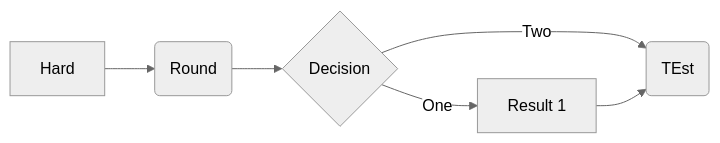
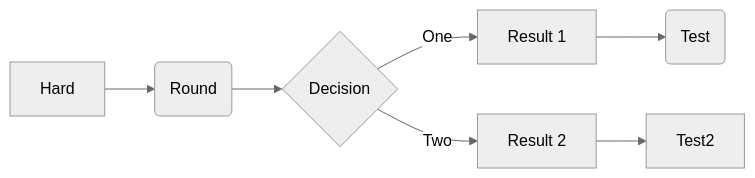
The diagram in README.md (dienercn/rune), drawn with Mermaid (neutral theme) before and after one commit.

````diff
--- a/README.md
+++ b/README.md
@@ -1,9 +1,10 @@
 ```mermaid
   flowchart LR
 
   A[Hard] --> B(Round)
   B --> C{Decision}
   C -->|One| D[Result 1]
   C -->|Two| E[Result 2]
-  D --> E(TEst)
+  D --> F(Test)
+  E --> G[Test2]
 ```
````
